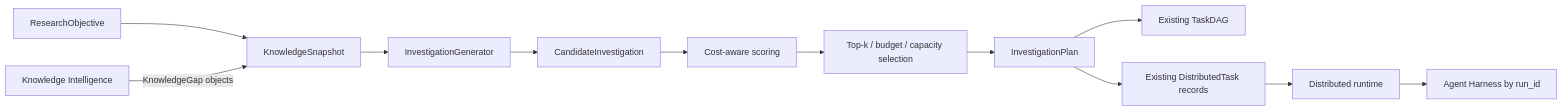
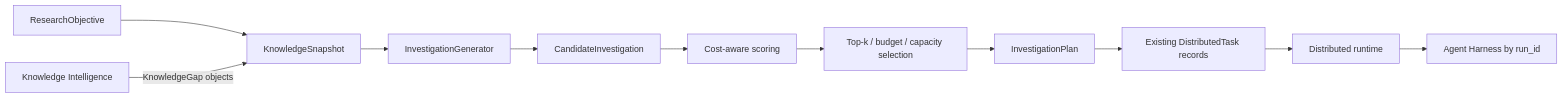
Before and after one commit to Project-Nexus-YR/NEXUS: the diagram in docs/investigation-planning.md, drawn with Mermaid. The commit also changed other lines of this file and 10 other files, not shown here.

````diff
--- a/docs/investigation-planning.md
+++ b/docs/investigation-planning.md
@@ -7,14 +7,13 @@
 ```mermaid
 flowchart LR
     O["ResearchObjective"] --> S["KnowledgeSnapshot"]
     K["Knowledge Intelligence"] -->|"KnowledgeGap objects"| S
     S --> G["InvestigationGenerator"]
     G --> C["CandidateInvestigation"]
     C --> V["Cost-aware scoring"]
     V --> X["Top-k / budget / capacity selection"]
     X --> P["InvestigationPlan"]
-    P --> D["Existing TaskDAG"]
     P --> T["Existing DistributedTask records"]
     T --> R["Distributed runtime"]
     R --> H["Agent Harness by run_id"]
 ```
````
